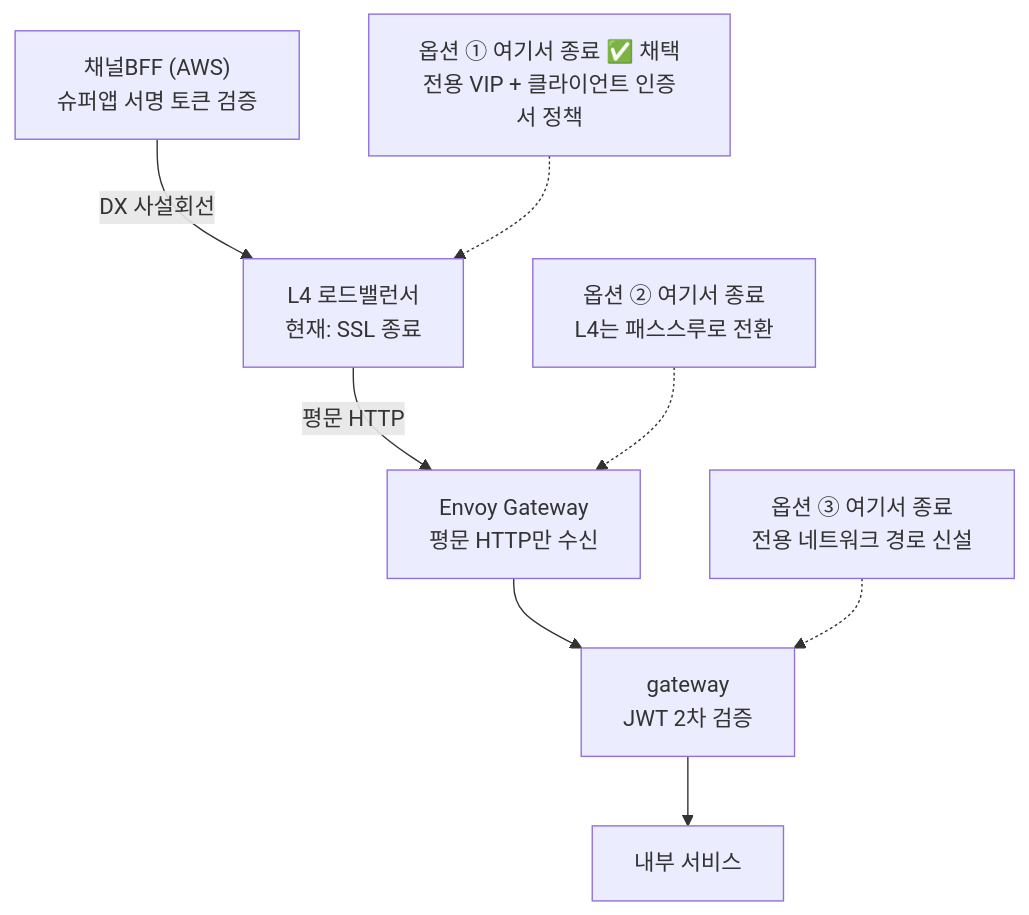
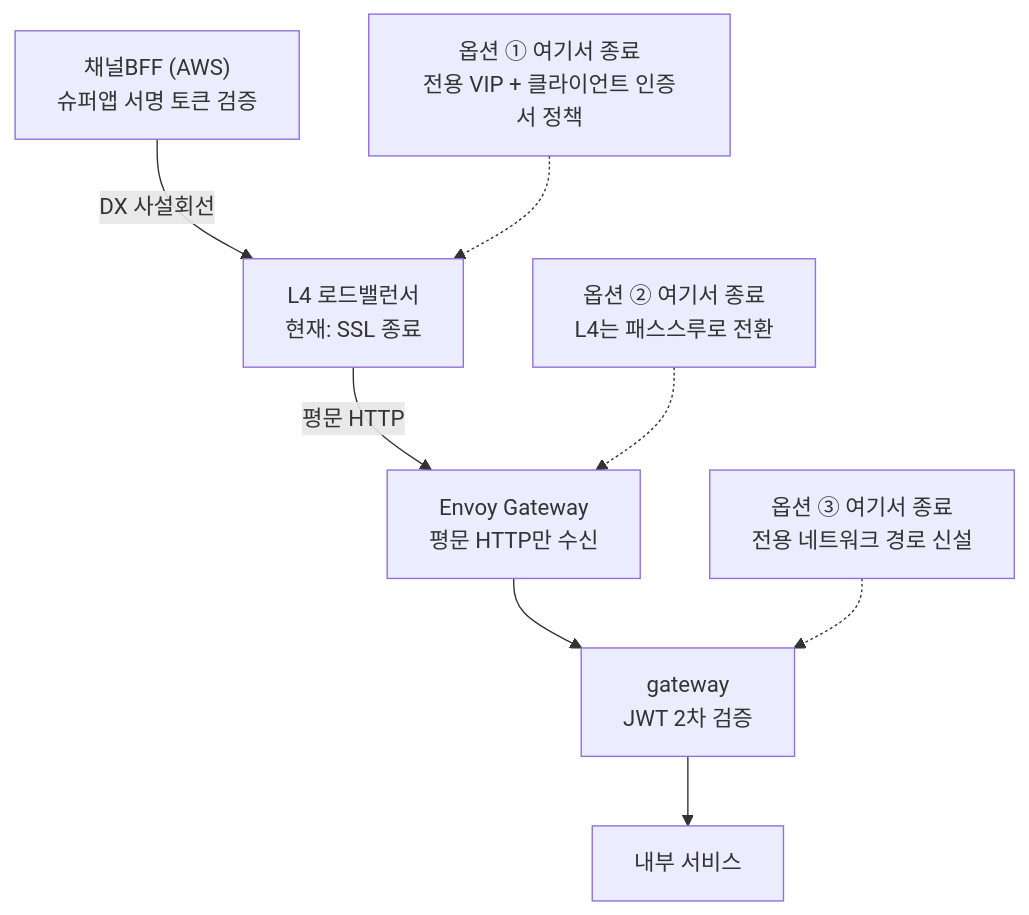
Before and after one commit to kimsukhwan/msa-k3s-lab: the diagram in MTLS-REVIEW.md, drawn with Mermaid. The commit also changed other lines of this file and 2 other files, not shown here.

````diff
--- a/MTLS-REVIEW.md
+++ b/MTLS-REVIEW.md
@@ -39,21 +39,21 @@
 ```mermaid
 flowchart TB
     BFF["채널BFF (AWS)<br/>슈퍼앱 서명 토큰 검증"]
     L4["L4 로드밸런서<br/>현재: SSL 종료"]
     ENVOY["Envoy Gateway<br/>평문 HTTP만 수신"]
     GW["gateway<br/>JWT 2차 검증"]
     SVC["내부 서비스"]
 
     BFF -->|DX 사설회선| L4
     L4 -->|평문 HTTP| ENVOY
     ENVOY --> GW
     GW --> SVC
 
-    OPT1["옵션 ① 여기서 종료 ✅ 채택<br/>전용 VIP + 클라이언트 인증서 정책"]
+    OPT1["옵션 ① 여기서 종료<br/>전용 VIP + 클라이언트 인증서 정책"]
     OPT2["옵션 ② 여기서 종료<br/>L4는 패스스루로 전환"]
     OPT3["옵션 ③ 여기서 종료<br/>전용 네트워크 경로 신설"]
 
     OPT1 -.-> L4
     OPT2 -.-> ENVOY
     OPT3 -.-> GW
 ```
````
